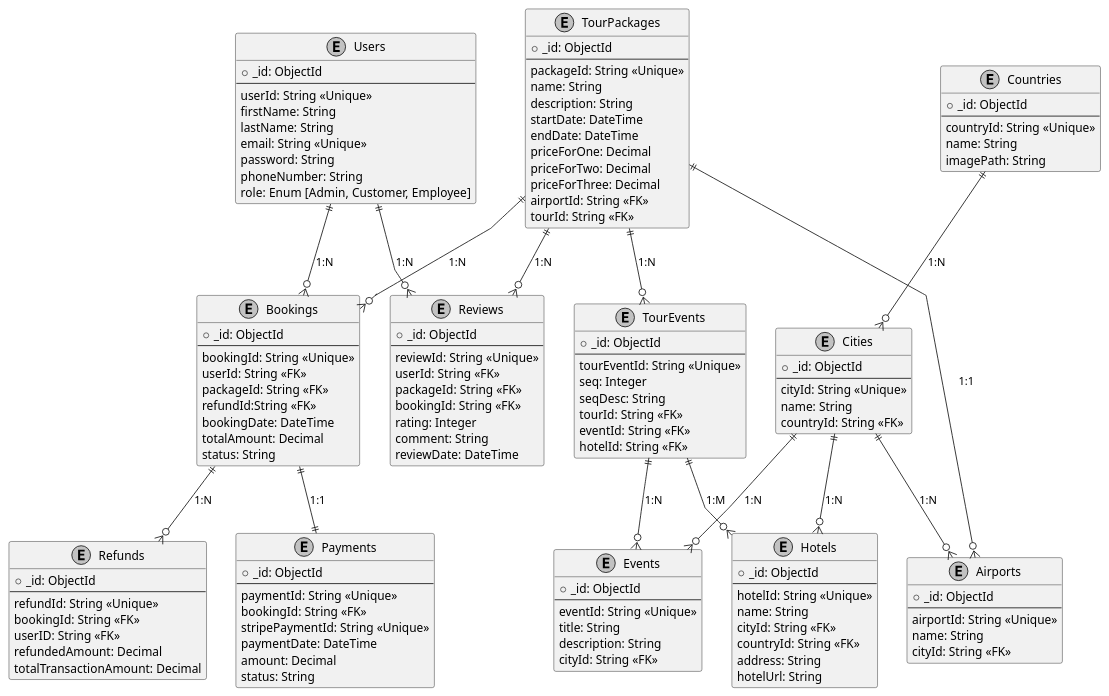
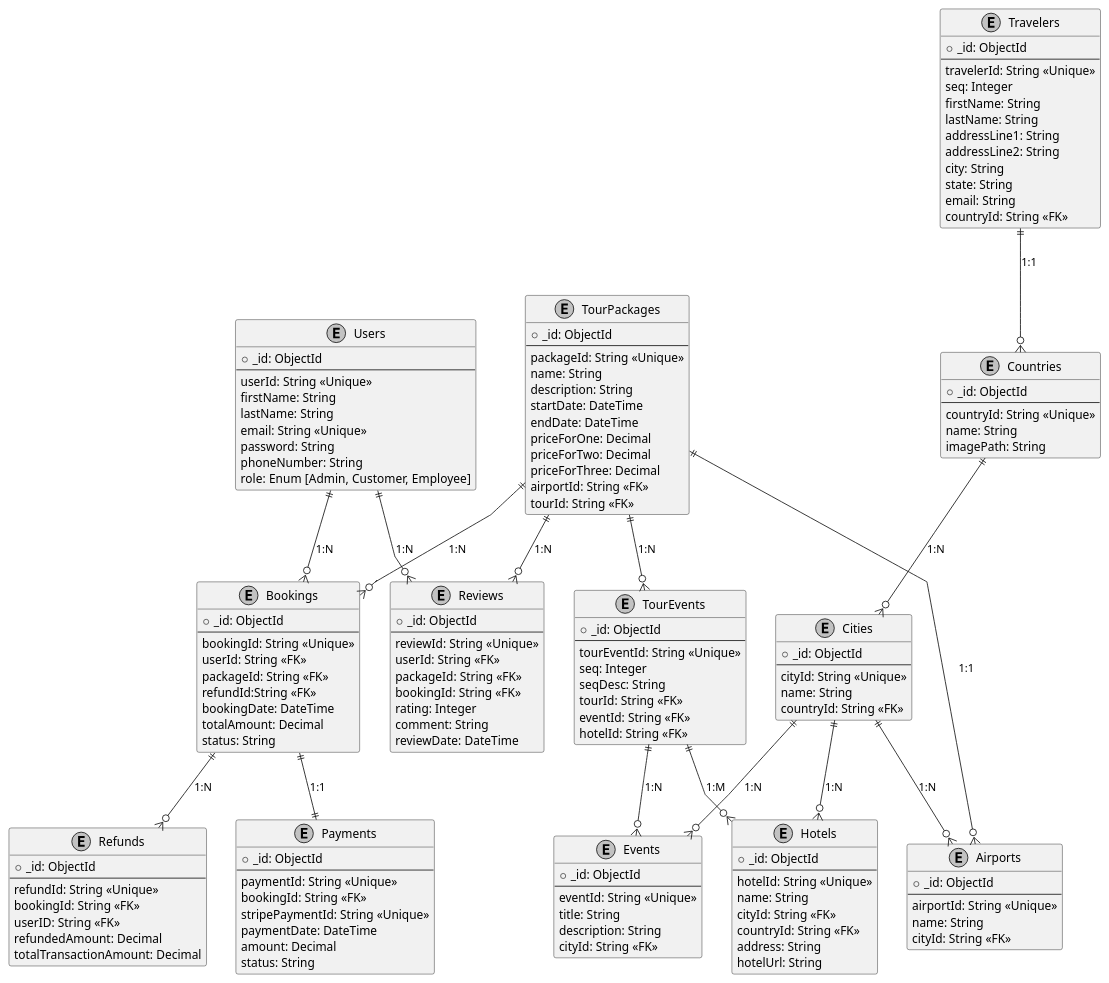
One commit to Hares-2088/TravelTrove changed the diagram in diagrams/C4_l3/C4_l3_database.puml. Above: the diagram before and after it, drawn with PlantUML. The commit also changed 2 other files, not shown here.

Commit message:
added some tests and modified some diagrams to add the travelerentity

```diff
--- a/diagrams/C4_l3/C4_l3_database.puml
+++ b/diagrams/C4_l3/C4_l3_database.puml
@@ -1,165 +1,182 @@
 @startuml
 skinparam linetype polyline
 skinparam monochrome true
 skinparam entity {
     BackgroundColor #DDEEFF
     BorderColor #3366CC
     FontColor Black
 }
 
 ' Entities
 entity "Users" as Users {
     + _id: ObjectId
     --
     userId: String <<Unique>>
     firstName: String
     lastName: String
     email: String <<Unique>>
     password: String
     phoneNumber: String
     role: Enum [Admin, Customer, Employee]
+}
+
+entity "Travelers" as Travelers {
+    + _id: ObjectId
+    --
+    travelerId: String <<Unique>>
+    seq: Integer
+    firstName: String
+    lastName: String
+    addressLine1: String
+    addressLine2: String
+    city: String
+    state: String
+    email: String
+    countryId: String <<FK>>
 }
 
 entity "TourPackages" as TourPackages {
     + _id: ObjectId
     --
     packageId: String <<Unique>>
     name: String
     description: String
     startDate: DateTime
     endDate: DateTime
     priceForOne: Decimal
     priceForTwo: Decimal
     priceForThree: Decimal
     airportId: String <<FK>>
     tourId: String <<FK>>
 }
 
 entity "Bookings" as Bookings {
     + _id: ObjectId
     --
     bookingId: String <<Unique>>
     userId: String <<FK>>
     packageId: String <<FK>>
     refundId:String <<FK>>
     bookingDate: DateTime
     totalAmount: Decimal
     status: String
 }
 
 entity "Refunds" as Refunds {
     + _id: ObjectId
     --
     refundId: String <<Unique>>
     bookingId: String <<FK>>
     userID: String <<FK>>
     refundedAmount: Decimal
     totalTransactionAmount: Decimal
 }
 
 entity "Payments" as Payments {
     + _id: ObjectId
     --
     paymentId: String <<Unique>>
     bookingId: String <<FK>>
     stripePaymentId: String <<Unique>>
     paymentDate: DateTime
     amount: Decimal
     status: String
 }
 
 entity "Reviews" as Reviews {
     + _id: ObjectId
     --
     reviewId: String <<Unique>>
     userId: String <<FK>>
     packageId: String <<FK>>
     bookingId: String <<FK>>
     rating: Integer
     comment: String
     reviewDate: DateTime
 }
 
 entity "Hotels" as Hotels {
     + _id: ObjectId
     --
     hotelId: String <<Unique>>
     name: String
     cityId: String <<FK>>
     countryId: String <<FK>>
     address: String
     hotelUrl: String
 }
 
 entity "Airports" as Airports {
     + _id: ObjectId
     --
     airportId: String <<Unique>>
     name: String
     cityId: String <<FK>>
 }
 
 entity "Cities" as Cities {
     + _id: ObjectId
     --
     cityId: String <<Unique>>
     name: String
     countryId: String <<FK>>
 }
 
 entity "Countries" as Countries {
     + _id: ObjectId
     --
     countryId: String <<Unique>>
     name: String
     imagePath: String
 }
 
 entity "Events" as Events {
     + _id: ObjectId
     --
     eventId: String <<Unique>>
     title: String
     description: String
     cityId: String <<FK>>
 }
 
 entity "TourEvents" as TourEvents {
     + _id: ObjectId
     --
     tourEventId: String <<Unique>>
     seq: Integer
     seqDesc: String
     tourId: String <<FK>>
     eventId: String <<FK>>
     hotelId: String <<FK>>
 }
 
 'entity "EventImages" as EventImages {
 '    + _id: ObjectId
 '    --
 '    eventImageId: String <<Unique>>
 '    eventId: String <<FK>>
 '    seq: Integer
 '    imagePath: String
 '    description: String
 '}
 
 ' Relationships
 Users ||--o{ Bookings : "1:N"
 Users ||--o{ Reviews : "1:N"
 TourPackages ||--o{ Bookings : "1:N"
 TourPackages ||--o{ Reviews : "1:N"
 Bookings ||--|| Payments : "1:1"
 Cities ||--o{ Hotels : "1:N"
 Cities ||--o{ Airports : "1:N"
 Countries ||--o{ Cities : "1:N"
 'Events ||--o{ EventImages : "1:N"
 Cities ||--o{ Events : "1:N"
 TourPackages ||--o{ Airports : "1:1"
 TourPackages ||--o{ TourEvents : "1:N"
 TourEvents ||--o{ Events : "1:N"
 TourEvents ||--o{ Hotels : "1:M"
 "Bookings" ||--o{ "Refunds" : "1:N"
+Travelers ||--o{ Countries : "1:1"
+
 
 @enduml
```
